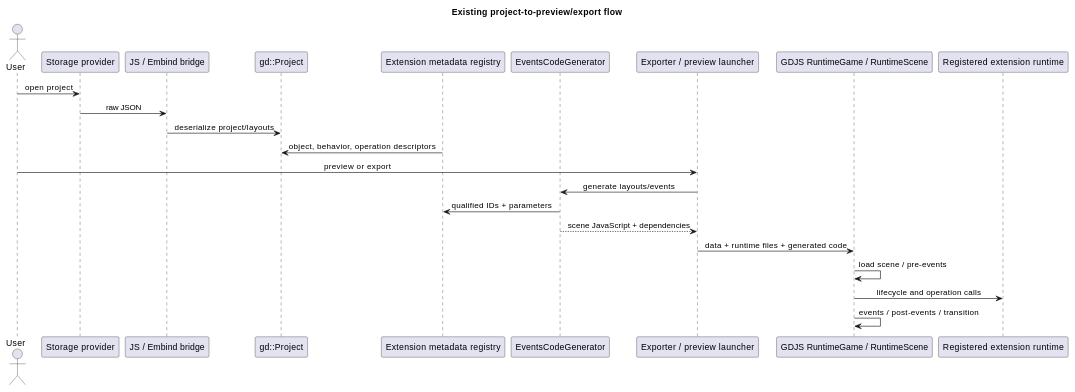
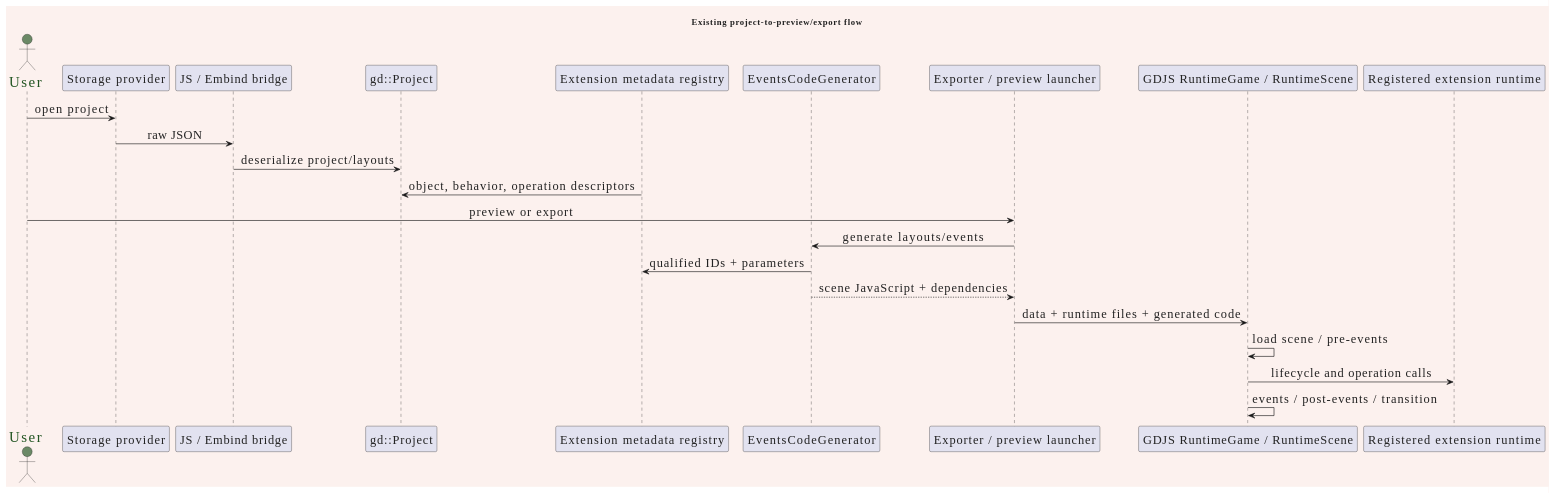
One commit to 4ian/GDevelop changed the second of 11 diagrams in docs/kotlin-port/DIAGRAMS.md. Above: the diagram before and after it, drawn with PlantUML. The commit also changed other lines of this file and 2 other files, not shown here.

Commit message:
gradle conf and DIAGRAMS.md plantuml fixes

````diff
--- a/docs/kotlin-port/DIAGRAMS.md
+++ b/docs/kotlin-port/DIAGRAMS.md
@@ -91,27 +107,40 @@
 ```plantuml
 @startuml
 title Existing project-to-preview/export flow
+
+
+skinparam BackgroundColor #FCF1EEFF
+skinparam DefaultFontColor #222222FF
+skinparam DefaultFontSize 20
+skinparam ActorFontSize 24
+skinparam NoteFontSize 16
+skinparam DefaultFontName jetbrains-mono
+
 skinparam sequenceMessageAlign center
+skinparam ActorFontColor #225522FF
+skinparam ActorBackgroundColor #225522AA
+
 actor User
 participant "Storage provider" as Storage
 participant "JS / Embind bridge" as Bridge
 participant "gd::Project" as Project
 participant "Extension metadata registry" as Metadata
 participant "EventsCodeGenerator" as Generator
 participant "Exporter / preview launcher" as Exporter
 participant "GDJS RuntimeGame / RuntimeScene" as Runtime
 participant "Registered extension runtime" as Extension
+
 User -> Storage : open project
 Storage -> Bridge : raw JSON
 Bridge -> Project : deserialize project/layouts
 Metadata -> Project : object, behavior, operation descriptors
 User -> Exporter : preview or export
 Exporter -> Generator : generate layouts/events
 Generator -> Metadata : qualified IDs + parameters
 Generator --> Exporter : scene JavaScript + dependencies
 Exporter -> Runtime : data + runtime files + generated code
 Runtime -> Runtime : load scene / pre-events
 Runtime -> Extension : lifecycle and operation calls
 Runtime -> Runtime : events / post-events / transition
 @enduml
 ```
````
